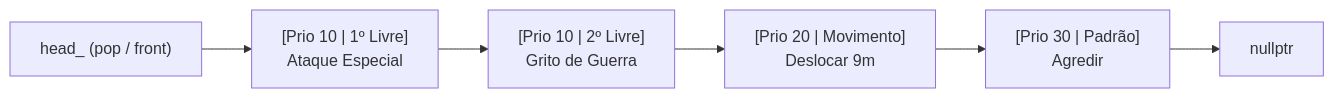
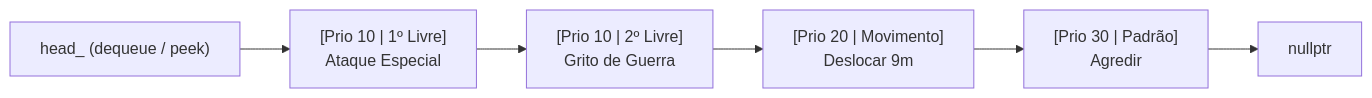
Before and after one commit to Iago3457/OpenTTRPG: the third of 9 diagrams in docs/architecture.md, drawn with Mermaid. The commit also changed other lines of this file and 49 other files, not shown here.

````diff
--- a/docs/architecture.md
+++ b/docs/architecture.md
@@ -92,8 +101,8 @@
 ```mermaid
 flowchart LR
-    HEAD["head_ (pop / front)"] --> P1["[Prio 10 | 1º Livre]\nAtaque Especial"]
+    HEAD["head_ (dequeue / peek)"] --> P1["[Prio 10 | 1º Livre]\nAtaque Especial"]
     P1 --> P2["[Prio 10 | 2º Livre]\nGrito de Guerra"]
     P2 --> P3["[Prio 20 | Movimento]\nDeslocar 9m"]
     P3 --> P4["[Prio 30 | Padrão]\nAgredir"]
     P4 --> NULL["nullptr"]
 ```
````
